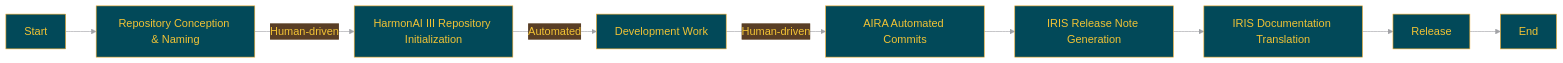
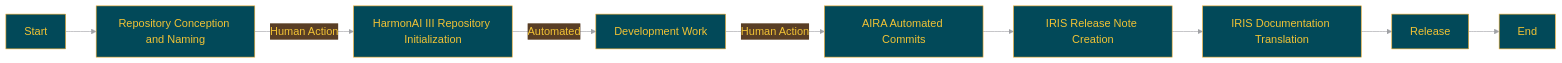
Before and after one commit to Sunwood-ai-labs/HarmonAI_III: the diagram in docs/README.en.md, drawn with Mermaid. The commit also changed other lines of this file, not shown here.

````diff
--- a/docs/README.en.md
+++ b/docs/README.en.md
@@ -118,20 +119,20 @@
 ```mermaid
 %%{init:{'theme':'base','themeVariables':{'primaryColor':'#024959','primaryTextColor':'#F2C335','primaryBorderColor':'#F2AE30','lineColor':'#A1A2A6','secondaryColor':'#593E25','tertiaryColor':'#F2C335','noteTextColor':'#024959','noteBkgColor':'#F2C335','textColor':'#024959','fontSize':'18px'}}}%%
 
 graph LR
-    A[Start] --> B[Repository Conception & Naming]
-    B -->|Human-driven| C[HarmonAI III Repository Initialization]
+    A[Start] --> B[Repository Conception and Naming]
+    B -->|Human Action| C[HarmonAI III Repository Initialization]
     C -->|Automated| D[Development Work]
-    D -->|Human-driven| E[AIRA Automated Commits]
-    E --> H[IRIS Release Note Generation]
+    D -->|Human Action| E[AIRA Automated Commits]
+    E --> H[IRIS Release Note Creation]
     H --> I[IRIS Documentation Translation]
     I --> J[Release]
     J --> K[End]
 
-    class B,D,G human;
+    class B,D human;
     class E aira;
     class F,H,I iris;
-    class C auto;
+    class C automated;
     class A,J,K process;
 
 ```
````
